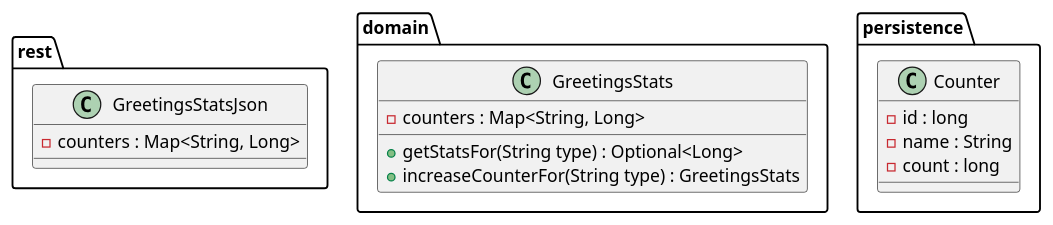
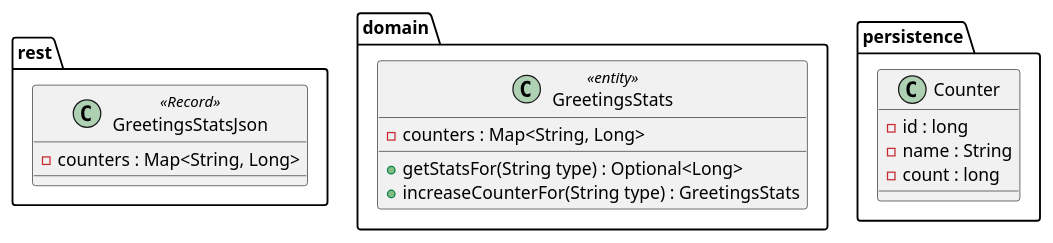
Before and after one commit to McKratt/greetings: the diagram in greetings-stat-service/src/doc/Entities.puml, drawn with PlantUML. The commit also changed 1 other file, not shown here.

```diff
--- a/greetings-stat-service/src/doc/Entities.puml
+++ b/greetings-stat-service/src/doc/Entities.puml
@@ -1,21 +1,21 @@
 @startuml
 package rest{
-    class GreetingsStatsJson {
+    class GreetingsStatsJson <<Record>> {
         - counters : Map<String, Long>
     }
 }
 package domain{
-    class GreetingsStats{
+    class GreetingsStats <<entity>> {
         - counters : Map<String, Long>
         + getStatsFor(String type) : Optional<Long>
         + increaseCounterFor(String type) : GreetingsStats
     }
 }
 package persistence{
     class Counter{
         - id : long
         - name : String
         - count : long
     }
 }
 @enduml
```
